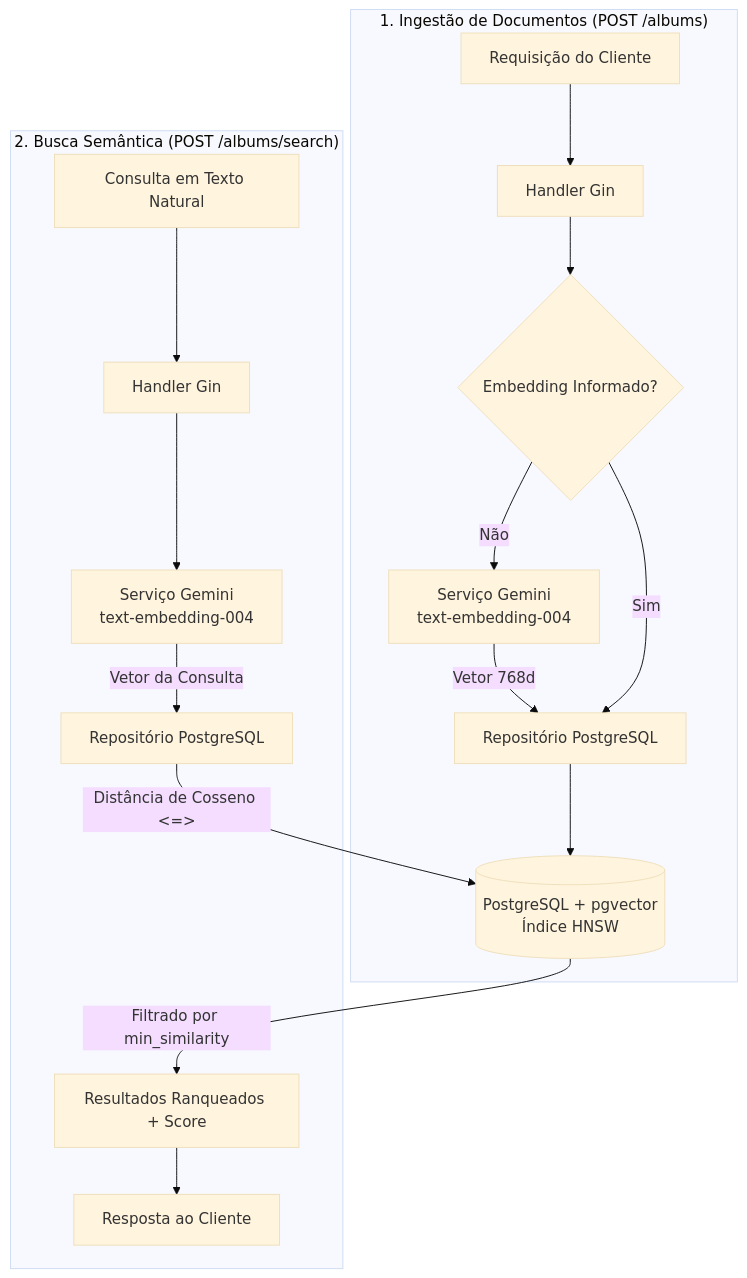
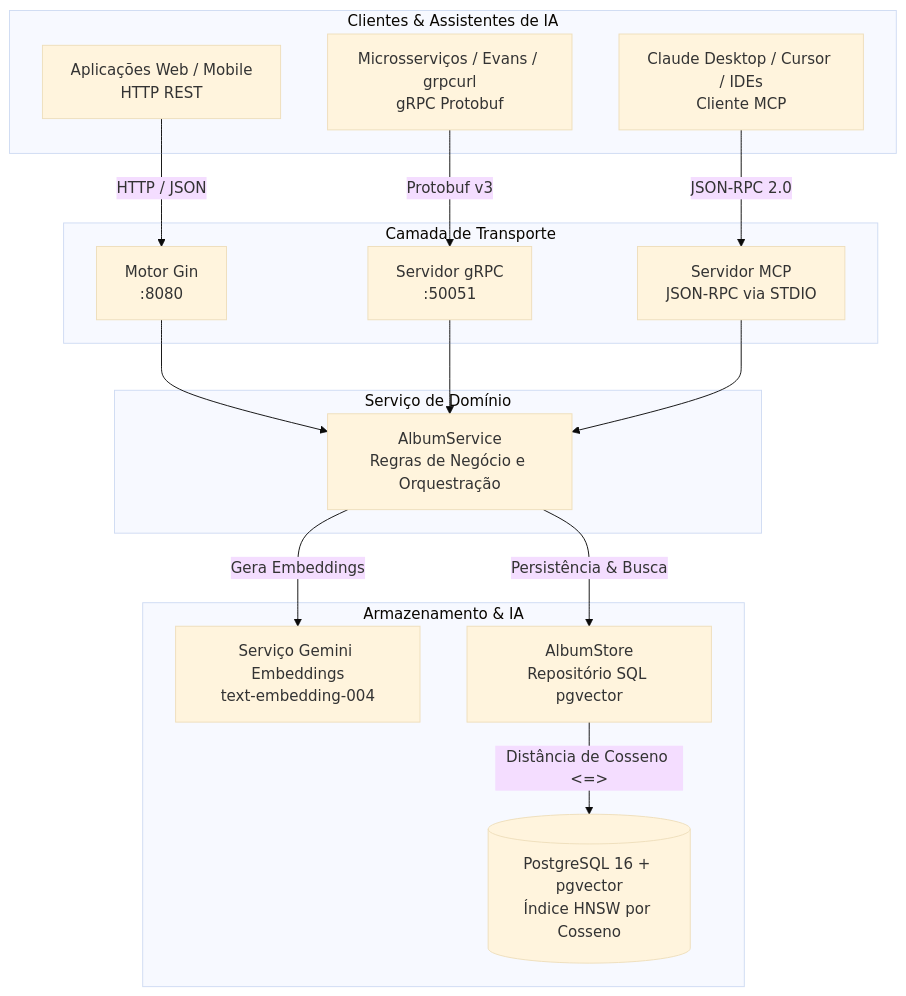
One commit to FellipeHallanny/ApiRagGo changed the diagram in README.pt-BR.md. Above: the diagram before and after it, drawn with Mermaid (base theme). The commit also changed other lines of this file and 1 other file, not shown here.

````diff
--- a/README.pt-BR.md
+++ b/README.pt-BR.md
@@ -36,20 +45,36 @@
 ```mermaid
 flowchart TD
-    subgraph Ingestao["1. Ingestão de Documentos (POST /albums)"]
-        A[Requisição do Cliente] --> B[Handler Gin]
-        B --> C{Embedding Informado?}
-        C -->|Não| D[Serviço Gemini<br/>text-embedding-004]
-        D -->|Vetor 768d| E[Repositório PostgreSQL]
-        C -->|Sim| E
-        E --> F[(PostgreSQL + pgvector<br/>Índice HNSW)]
+    subgraph Clientes["Clientes & Assistentes de IA"]
+        C_REST[Aplicações Web / Mobile<br/>HTTP REST]
+        C_GRPC[Microsserviços / Evans / grpcurl<br/>gRPC Protobuf]
+        C_MCP[Claude Desktop / Cursor / IDEs<br/>Cliente MCP]
     end
 
-    subgraph Recuperacao["2. Busca Semântica (POST /albums/search)"]
-        G[Consulta em Texto Natural] --> H[Handler Gin]
-        H --> I[Serviço Gemini<br/>text-embedding-004]
-        I -->|Vetor da Consulta| J[Repositório PostgreSQL]
-        J -->|Distância de Cosseno <=> | F
-        F -->|Filtrado por min_similarity| K[Resultados Ranqueados + Score]
-        K --> L[Resposta ao Cliente]
+    subgraph Transportes["Camada de Transporte"]
+        T_REST[Motor Gin<br/>:8080]
+        T_GRPC[Servidor gRPC<br/>:50051]
+        T_MCP[Servidor MCP<br/>JSON-RPC via STDIO]
     end
+
+    subgraph Nucleo["Serviço de Domínio"]
+        SVC[AlbumService<br/>Regras de Negócio e Orquestração]
+    end
+
+    subgraph Externo["Armazenamento & IA"]
+        GEMINI[Serviço Gemini Embeddings<br/>text-embedding-004]
+        STORE[AlbumStore<br/>Repositório SQL pgvector]
+        DB[(PostgreSQL 16 + pgvector<br/>Índice HNSW por Cosseno)]
+    end
+
+    C_REST -->|HTTP / JSON| T_REST
+    C_GRPC -->|Protobuf v3| T_GRPC
+    C_MCP -->|JSON-RPC 2.0| T_MCP
+
+    T_REST --> SVC
+    T_GRPC --> SVC
+    T_MCP --> SVC
+
+    SVC -->|Gera Embeddings| GEMINI
+    SVC -->|Persistência & Busca| STORE
+    STORE -->|Distância de Cosseno <=> | DB
 ```
````
